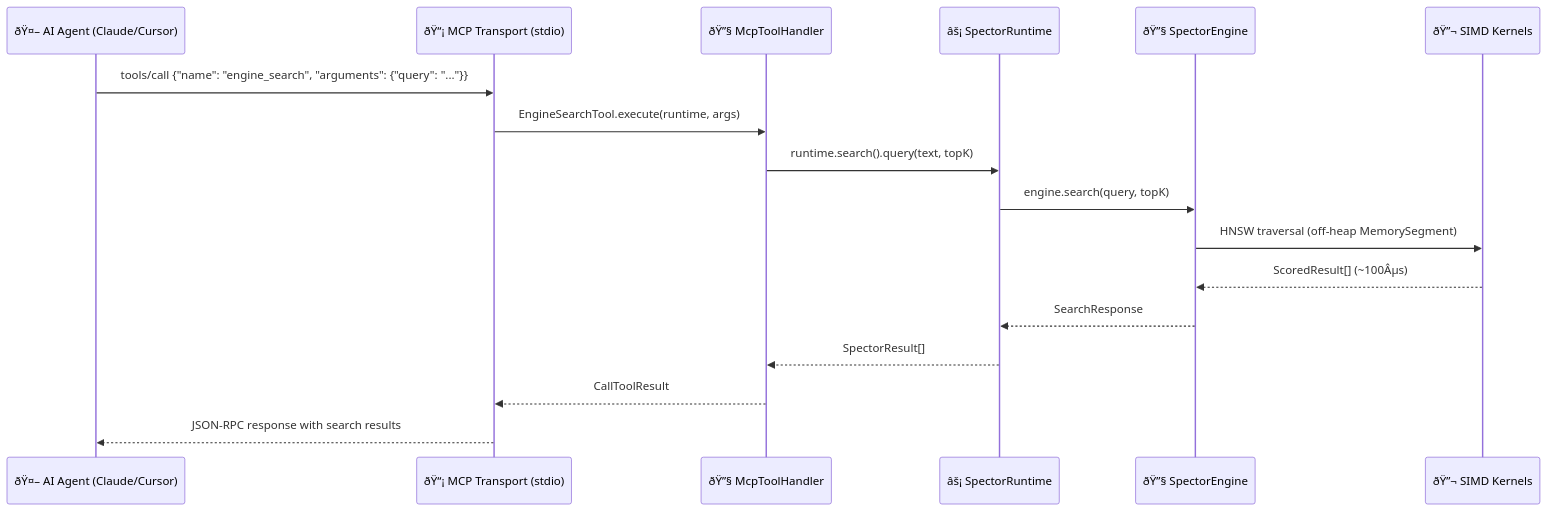
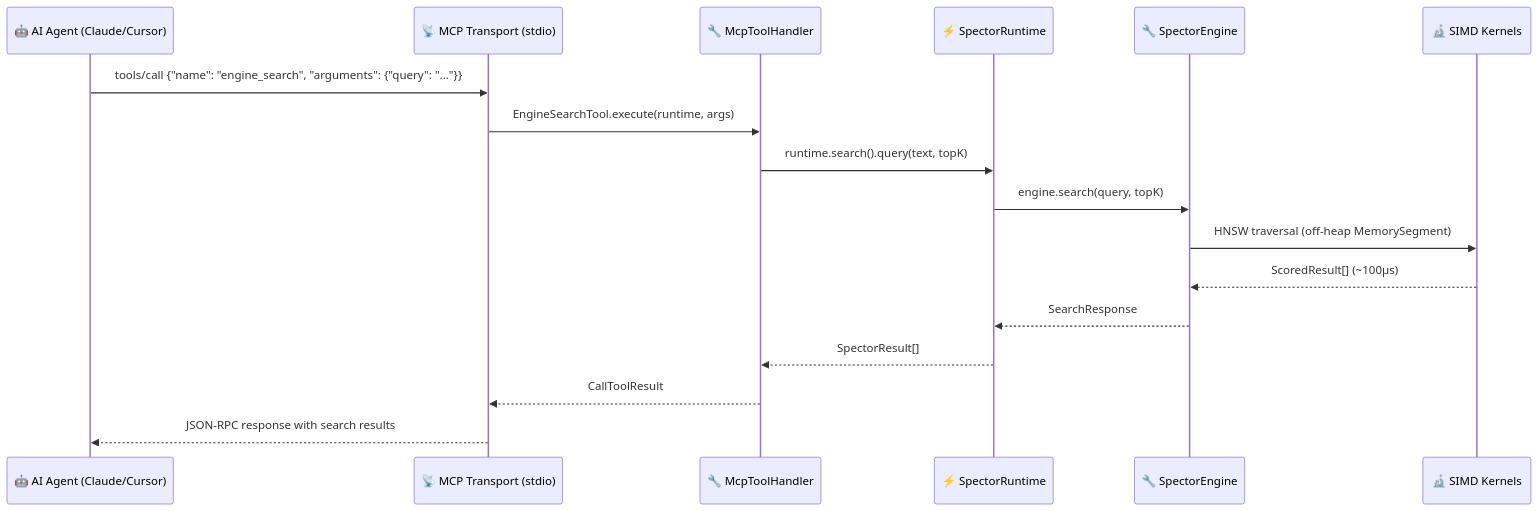
One commit to spectrayan/spector-search changed the fifth of 7 diagrams in docs/docs/architecture/overview.md. Above: the diagram before and after it, drawn with Mermaid. The commit also changed other lines of this file and 40 other files, not shown here.

````diff
--- a/docs/docs/architecture/overview.md
+++ b/docs/docs/architecture/overview.md
@@ -224,20 +224,20 @@
 ```mermaid
 sequenceDiagram
-    participant Agent as ðŸ¤– AI Agent (Claude/Cursor)
-    participant MCP as ðŸ“¡ MCP Transport (stdio)
-    participant Handler as ðŸ”§ McpToolHandler
-    participant Runtime as âš¡ SpectorRuntime
-    participant Engine as ðŸ”§ SpectorEngine
-    participant SIMD as ðŸ”¬ SIMD Kernels
+    participant Agent as 🤖 AI Agent (Claude/Cursor)
+    participant MCP as 📡 MCP Transport (stdio)
+    participant Handler as 🔧 McpToolHandler
+    participant Runtime as ⚡ SpectorRuntime
+    participant Engine as 🔧 SpectorEngine
+    participant SIMD as 🔬 SIMD Kernels
 
     Agent->>MCP: tools/call {"name": "engine_search", "arguments": {"query": "..."}}
     MCP->>Handler: EngineSearchTool.execute(runtime, args)
     Handler->>Runtime: runtime.search().query(text, topK)
     Runtime->>Engine: engine.search(query, topK)
     Engine->>SIMD: HNSW traversal (off-heap MemorySegment)
-    SIMD-->>Engine: ScoredResult[] (~100Âµs)
+    SIMD-->>Engine: ScoredResult[] (~100µs)
     Engine-->>Runtime: SearchResponse
     Runtime-->>Handler: SpectorResult[]
     Handler-->>MCP: CallToolResult
     MCP-->>Agent: JSON-RPC response with search results
 ```
````
